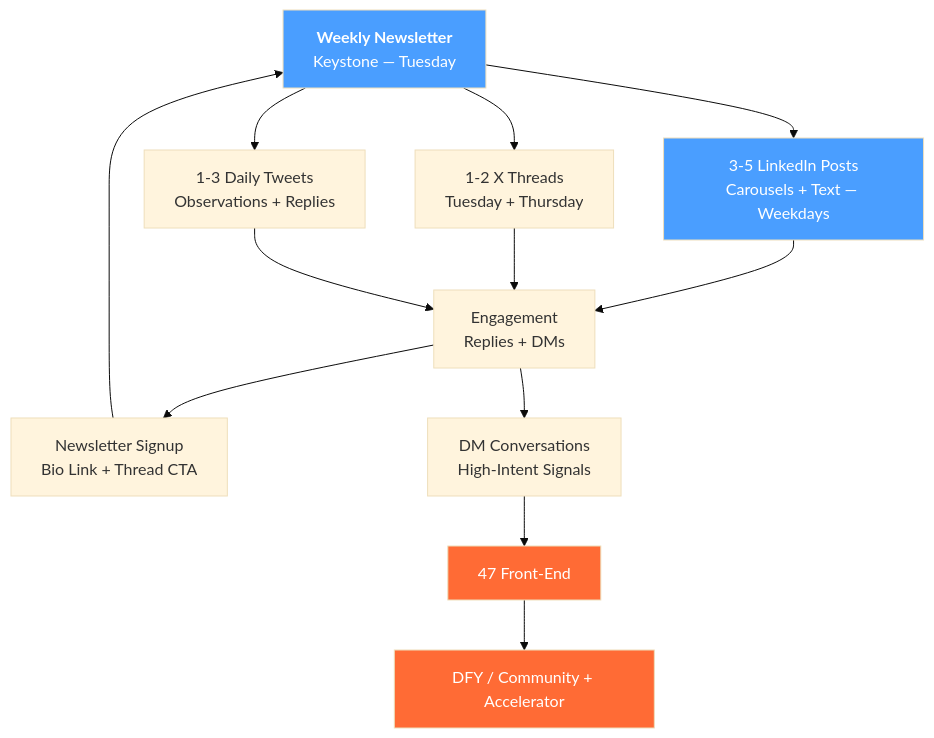
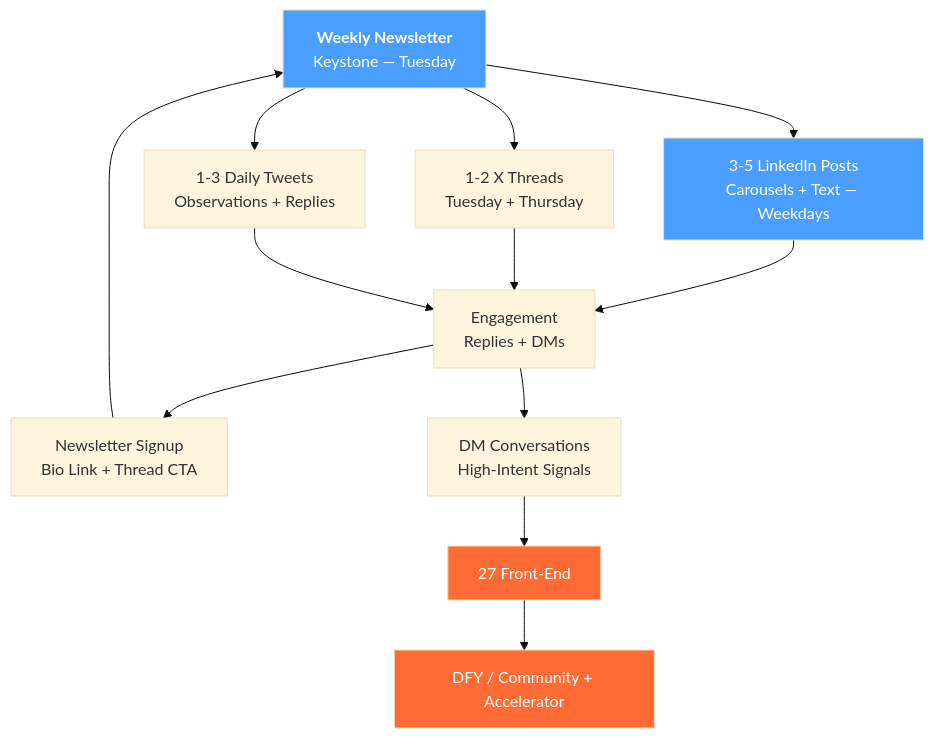
One commit to mike-scott-darwin/client-ready changed the diagram in reference/domain/content-strategy.md. Above: the diagram before and after it, drawn with Mermaid (base theme). The commit also changed other lines of this file and 25 other files, not shown here.

First line of the commit message:
[pricing] Front-end $47 → $27 (digital-snack cash-flow entry) (#28)

````diff
--- a/reference/domain/content-strategy.md
+++ b/reference/domain/content-strategy.md
@@ -31,22 +31,22 @@
 ```mermaid
 graph TD
     NL["<b>Weekly Newsletter</b><br/>Keystone — Tuesday"] --> LI["3-5 LinkedIn Posts<br/>Carousels + Text — Weekdays"]
     NL --> TH["1-2 X Threads<br/>Tuesday + Thursday"]
     NL --> TW["1-3 Daily Tweets<br/>Observations + Replies"]
 
     LI --> ENG["Engagement<br/>Replies + DMs"]
     TH --> ENG
     TW --> ENG
 
     ENG --> SUB["Newsletter Signup<br/>Bio Link + Thread CTA"]
     SUB --> NL
 
     ENG --> DM["DM Conversations<br/>High-Intent Signals"]
-    DM --> FE["47 Front-End"]
+    DM --> FE["27 Front-End"]
     FE --> SP["DFY / Community + Accelerator"]
 
     style NL fill:#4a9eff,color:#fff
     style LI fill:#4a9eff,color:#fff
     style FE fill:#ff6b35,color:#fff
     style SP fill:#ff6b35,color:#fff
 ```
````
